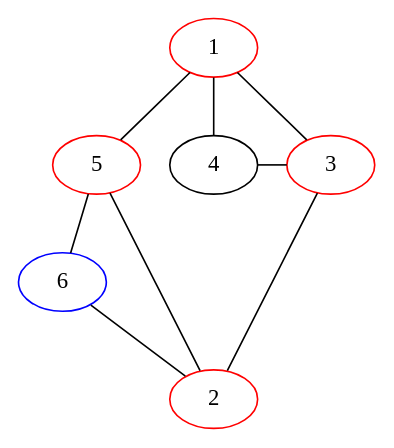
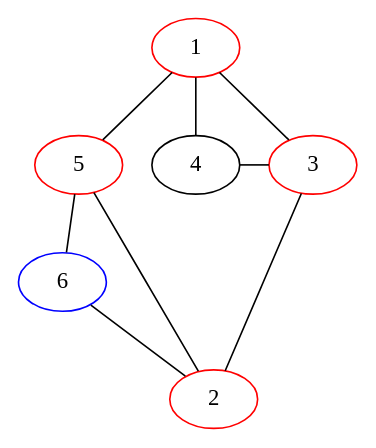
One commit to bilboquet/gamelib changed the diagram in sprouts/11113.dot. Above: the diagram before and after it, drawn with Graphviz. The commit also changed 14 other files, not shown here.

```diff
--- a/sprouts/11113.dot
+++ b/sprouts/11113.dot
@@ -1,25 +1,26 @@
 graph {
   5;
   6;
   1 -- 4 -- 3 -- 2;
   1 -- 3;
   1 -- 5 -- 2;
   6 -- 2;
-  5 -- 6;
-  2 -- 4 [weight=2, style="invis"];
+  5 -- 6 [weight=4];
+  2 -- 4 [weight=4, style="invis"];
+  5 -- 4 [weight=4, style="invis"];
 
   {
     rank="same";
     3;
     4;
     5;
 
   }
 
   1 [color="red"];
   2 [color="red"];
   3 [color="red"];
   5 [color="red"];
   6 [color="blue"];
 
 }
```
